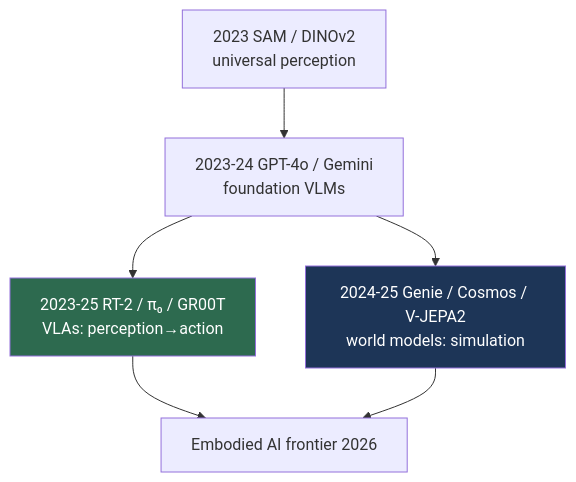
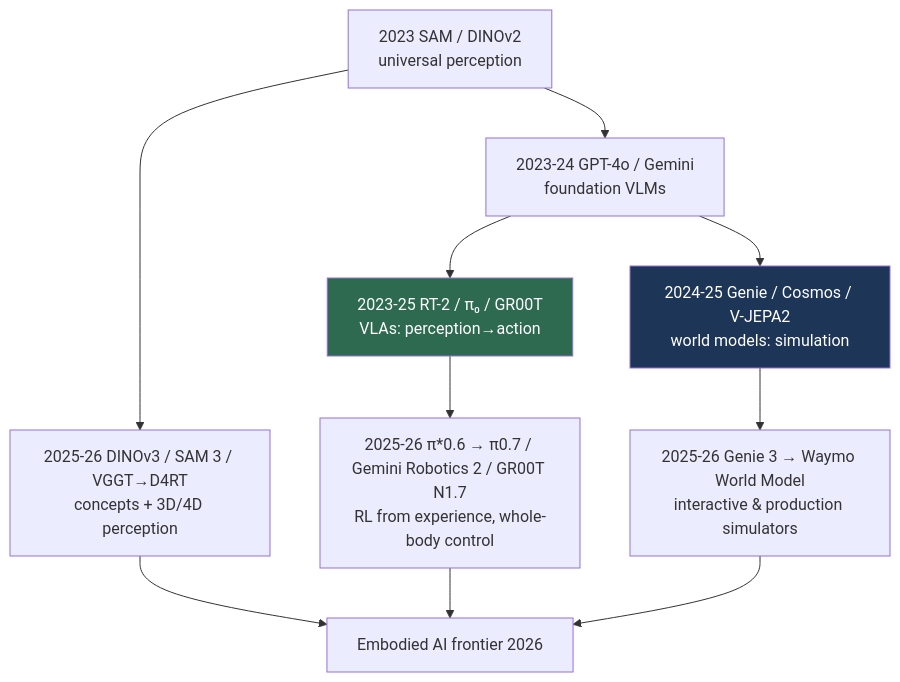
One commit to FrankHuang94/CV_learning_db_claude changed the diagram in cv-knowledge-base/01_history/06_foundation_model_era.md. Above: the diagram before and after it, drawn with Mermaid. The commit also changed other lines of this file and 103 other files, not shown here.

````diff
--- a/cv-knowledge-base/01_history/06_foundation_model_era.md
+++ b/cv-knowledge-base/01_history/06_foundation_model_era.md
@@ -33,10 +51,14 @@
 ```mermaid
 graph TD
     A[2023 SAM / DINOv2<br/>universal perception] --> B[2023-24 GPT-4o / Gemini<br/>foundation VLMs]
     B --> C[2023-25 RT-2 / π₀ / GR00T<br/>VLAs: perception→action]
     B --> D[2024-25 Genie / Cosmos / V-JEPA2<br/>world models: simulation]
-    C --> E[Embodied AI frontier 2026]
-    D --> E
+    A --> F[2025-26 DINOv3 / SAM 3 / VGGT→D4RT<br/>concepts + 3D/4D perception]
+    C --> G[2025-26 π*0.6 → π0.7 / Gemini Robotics 2 / GR00T N1.7<br/>RL from experience, whole-body control]
+    D --> H[2025-26 Genie 3 → Waymo World Model<br/>interactive & production simulators]
+    F --> E[Embodied AI frontier 2026]
+    G --> E
+    H --> E
     style C fill:#2d6a4f,color:#fff
     style D fill:#1d3557,color:#fff
 ```
````
